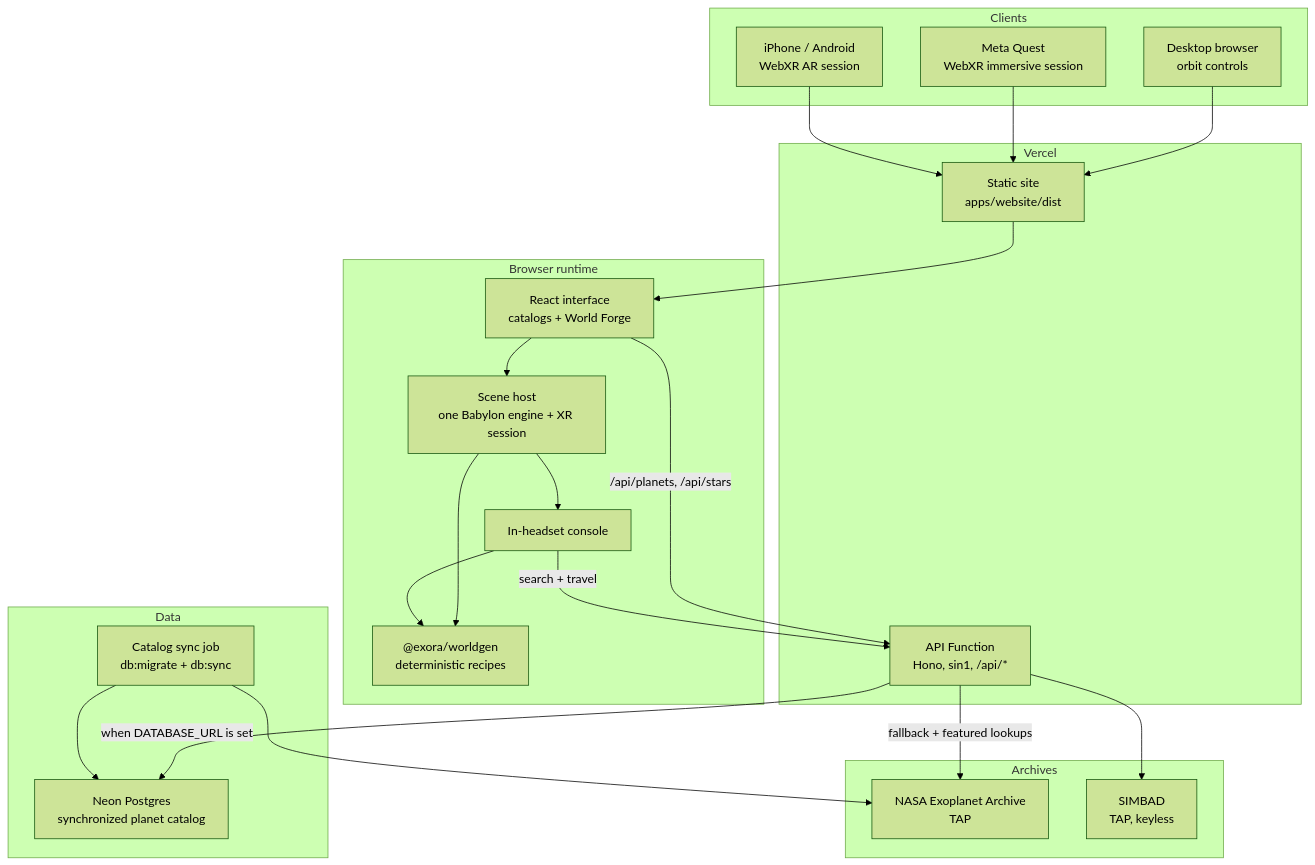
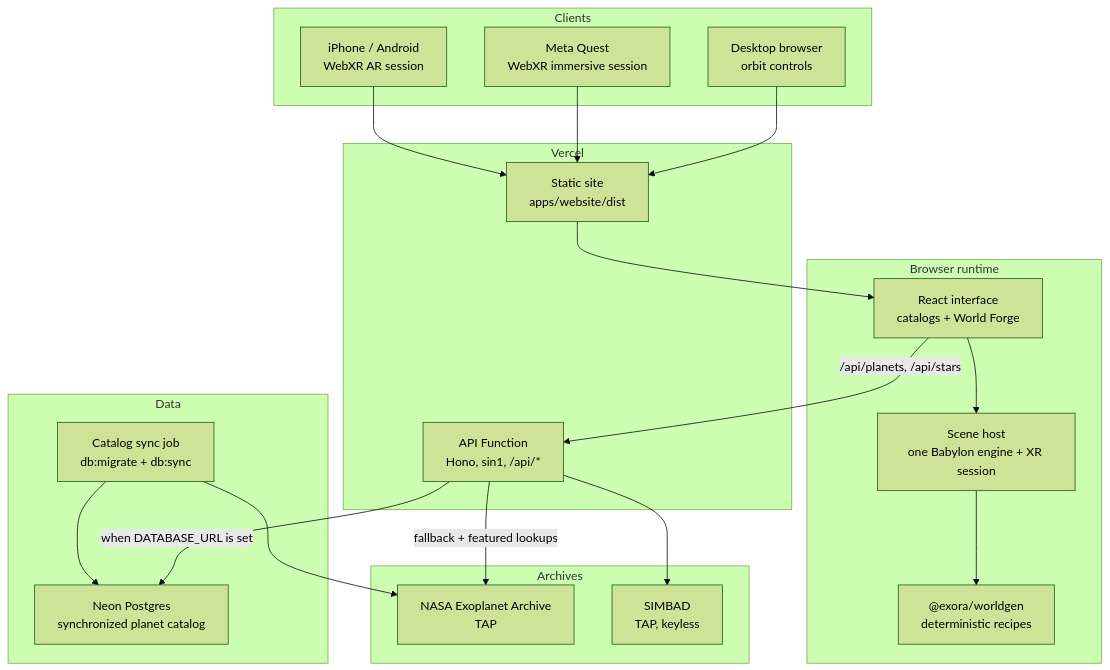
One commit to voltcrash/exora changed the diagram in README.md. Above: the diagram before and after it, drawn with Mermaid (forest theme). The commit also changed other lines of this file and 17 other files, not shown here.

````diff
--- a/README.md
+++ b/README.md
@@ -112,49 +112,45 @@
 ```mermaid
 flowchart TB
     subgraph Clients
         Desktop["Desktop browser<br/>orbit controls"]
         Headset["Meta Quest<br/>WebXR immersive session"]
         Phone["iPhone / Android<br/>WebXR AR session"]
     end
 
     subgraph Browser["Browser runtime"]
         UI["React interface<br/>catalogs + World Forge"]
         Host["Scene host<br/>one Babylon engine + XR session"]
-        Console["In-headset console"]
         Worldgen["@exora/worldgen<br/>deterministic recipes"]
     end
 
     subgraph Vercel["Vercel"]
         Static["Static site<br/>apps/website/dist"]
         Fn["API Function<br/>Hono, sin1, /api/*"]
     end
 
     subgraph Data["Data"]
         Neon["Neon Postgres<br/>synchronized planet catalog"]
         Sync["Catalog sync job<br/>db:migrate + db:sync"]
     end
 
     subgraph Archives["Archives"]
         NASA["NASA Exoplanet Archive<br/>TAP"]
         SIMBAD["SIMBAD<br/>TAP, keyless"]
     end
 
     Desktop --> Static
     Headset --> Static
     Phone --> Static
     Static --> UI
     UI --> Host
-    Host --> Console
     Host --> Worldgen
-    Console --> Worldgen
 
     UI -->|/api/planets, /api/stars| Fn
-    Console -->|search + travel| Fn
 
     Fn -->|when DATABASE_URL is set| Neon
     Fn -->|fallback + featured lookups| NASA
     Fn --> SIMBAD
 
     Sync --> NASA
     Sync --> Neon
 ```
````
